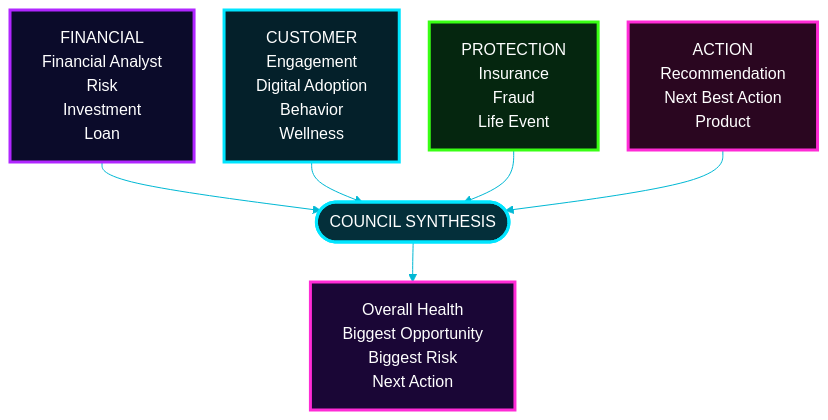
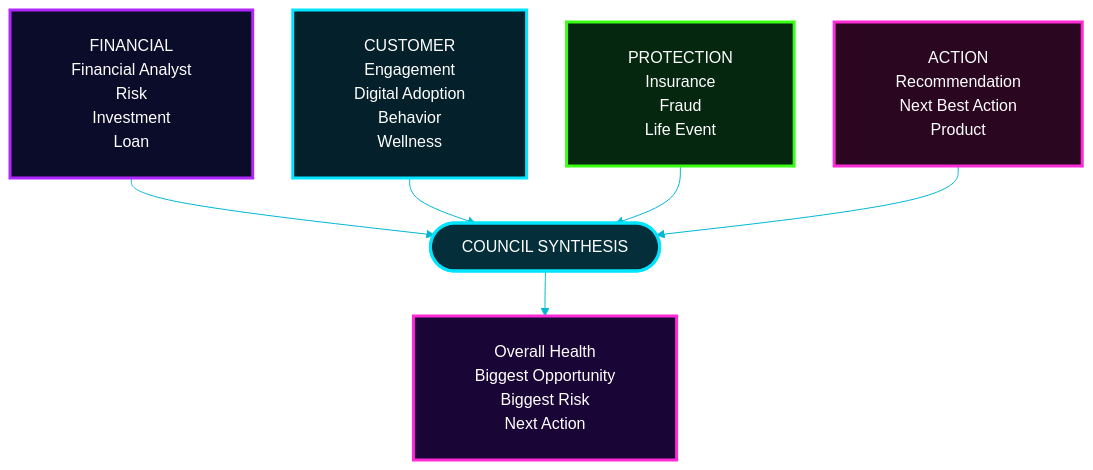
Diagram 11 of 17 in README.md (Mansi232323/MANSHORA), drawn with Mermaid before and after one commit. The commit also changed other lines of this file, not shown here.

````diff
--- a/README.md
+++ b/README.md
@@ -392,25 +391,25 @@
 ```mermaid
-%%{init: {'theme':'base','themeVariables':{'fontSize':'16px','fontFamily':'Arial, Helvetica, sans-serif','primaryColor':'#0b0b2a','primaryTextColor':'#ffffff','primaryBorderColor':'#b026ff','lineColor':'#00b8d4','textColor':'#ffffff','edgeLabelBackground':'#0b0b2a'},'flowchart':{'htmlLabels':true,'nodeSpacing':30,'rankSpacing':40,'padding':16,'curve':'basis','wrappingWidth':240,'useMaxWidth':true}}}%%
+%%{init: {'theme':'base','themeVariables':{'fontSize':'16px','primaryColor':'#0b0b2a','primaryTextColor':'#ffffff','primaryBorderColor':'#b026ff','lineColor':'#00b8d4','textColor':'#ffffff','edgeLabelBackground':'#0b0b2a'},'flowchart':{'htmlLabels':true,'nodeSpacing':40,'rankSpacing':45,'padding':24,'curve':'basis','wrappingWidth':400,'useMaxWidth':true}}}%%
 flowchart TB
-    G1["FINANCIAL<br/>Financial Analyst<br/>Risk<br/>Investment<br/>Loan"]
-    G2["CUSTOMER<br/>Engagement<br/>Digital Adoption<br/>Behavior<br/>Wellness"]
-    G3["PROTECTION<br/>Insurance<br/>Fraud<br/>Life Event"]
-    G4["ACTION<br/>Recommendation<br/>Next Best Action<br/>Product"]
+    G1["&nbsp;&nbsp;&nbsp;FINANCIAL&nbsp;&nbsp;&nbsp;<br/>&nbsp;&nbsp;&nbsp;Financial Analyst&nbsp;&nbsp;&nbsp;<br/>&nbsp;&nbsp;&nbsp;Risk&nbsp;&nbsp;&nbsp;<br/>&nbsp;&nbsp;&nbsp;Investment&nbsp;&nbsp;&nbsp;<br/>&nbsp;&nbsp;&nbsp;Loan&nbsp;&nbsp;&nbsp;"]
+    G2["&nbsp;&nbsp;&nbsp;CUSTOMER&nbsp;&nbsp;&nbsp;<br/>&nbsp;&nbsp;&nbsp;Engagement&nbsp;&nbsp;&nbsp;<br/>&nbsp;&nbsp;&nbsp;Digital Adoption&nbsp;&nbsp;&nbsp;<br/>&nbsp;&nbsp;&nbsp;Behavior&nbsp;&nbsp;&nbsp;<br/>&nbsp;&nbsp;&nbsp;Wellness&nbsp;&nbsp;&nbsp;"]
+    G3["&nbsp;&nbsp;&nbsp;PROTECTION&nbsp;&nbsp;&nbsp;<br/>&nbsp;&nbsp;&nbsp;Insurance&nbsp;&nbsp;&nbsp;<br/>&nbsp;&nbsp;&nbsp;Fraud&nbsp;&nbsp;&nbsp;<br/>&nbsp;&nbsp;&nbsp;Life Event&nbsp;&nbsp;&nbsp;"]
+    G4["&nbsp;&nbsp;&nbsp;ACTION&nbsp;&nbsp;&nbsp;<br/>&nbsp;&nbsp;&nbsp;Recommendation&nbsp;&nbsp;&nbsp;<br/>&nbsp;&nbsp;&nbsp;Next Best Action&nbsp;&nbsp;&nbsp;<br/>&nbsp;&nbsp;&nbsp;Product&nbsp;&nbsp;&nbsp;"]
     G1 --> S
     G2 --> S
     G3 --> S
     G4 --> S
-    S(["COUNCIL SYNTHESIS"]) --> R["Overall Health<br/>Biggest Opportunity<br/>Biggest Risk<br/>Next Action"]
+    S(["&nbsp;&nbsp;&nbsp;COUNCIL SYNTHESIS&nbsp;&nbsp;&nbsp;"]) --> R["&nbsp;&nbsp;&nbsp;Overall Health&nbsp;&nbsp;&nbsp;<br/>&nbsp;&nbsp;&nbsp;Biggest Opportunity&nbsp;&nbsp;&nbsp;<br/>&nbsp;&nbsp;&nbsp;Biggest Risk&nbsp;&nbsp;&nbsp;<br/>&nbsp;&nbsp;&nbsp;Next Action&nbsp;&nbsp;&nbsp;"]
     classDef g1 fill:#0b0b2a,stroke:#b026ff,stroke-width:3px,color:#ffffff
     classDef g2 fill:#04202a,stroke:#00e5ff,stroke-width:3px,color:#ffffff
     classDef g3 fill:#05260f,stroke:#39ff14,stroke-width:3px,color:#ffffff
     classDef g4 fill:#2a0620,stroke:#ff2bd6,stroke-width:3px,color:#ffffff
     classDef core fill:#042f3a,stroke:#00e5ff,stroke-width:3px,color:#ffffff
     classDef out fill:#1a0636,stroke:#ff2bd6,stroke-width:3px,color:#ffffff
     class G1 g1
     class G2 g2
     class G3 g3
     class G4 g4
     class S core
     class R out
 ```
````
